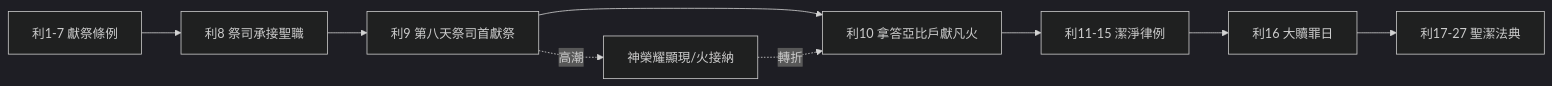
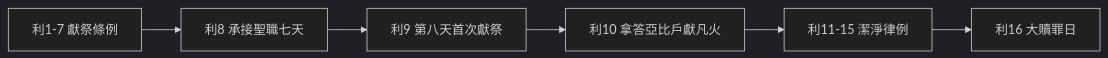
One commit to andyjr5566/Bible_wiki_zh changed the second of 2 diagrams in 03 利未記/第9章.md. Above: the diagram before and after it, drawn with Mermaid (dark theme). The commit also changed other lines of this file and 31 other files, not shown here.

````diff
--- a/03 利未記/第9章.md
+++ b/03 利未記/第9章.md
@@ -154,11 +184,8 @@
 ```mermaid
 flowchart LR
-    A[利1-7 獻祭條例] --> B[利8 祭司承接聖職]
-    B --> C[利9 第八天祭司首獻祭]
-    C --> D[利10 拿答亞比戶獻凡火]
-    D --> E[利11-15 潔淨律例]
-    E --> F[利16 大贖罪日]
-    F --> G[利17-27 聖潔法典]
-    C -.->|高潮| H[神榮耀顯現/火接納]
-    H -.->|轉折| D
+    A["利1-7 獻祭條例"] --> B["利8 承接聖職七天"]
+    B --> C["利9 第八天首次獻祭"]
+    C --> D["利10 拿答亞比戶獻凡火"]
+    D --> E["利11-15 潔淨律例"]
+    E --> F["利16 大贖罪日"]
 ```
````
